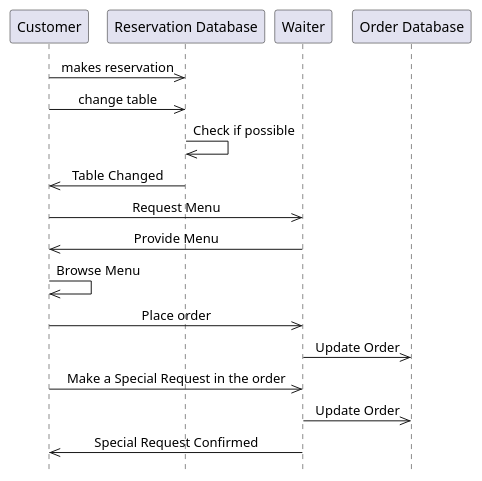
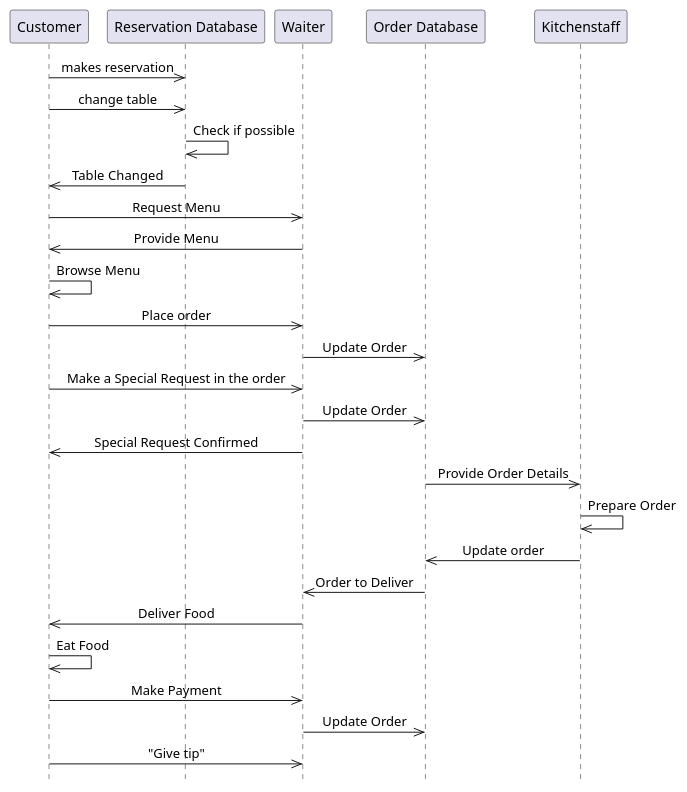
Before and after one commit to dashingzombie/UML: the diagram in Sequenc2.plantuml, drawn with PlantUML. The commit also changed 4 other files, not shown here.

Commit message:
sequence

```diff
--- a/Sequenc2.plantuml
+++ b/Sequenc2.plantuml
@@ -1,33 +1,52 @@
 @startuml
 
 skinparam Style strictuml
 skinparam SequenceMessageAlignment center
 
 "Customer" ->> "Reservation Database" : makes reservation
 
 Customer ->> "Reservation Database" : change table
 
 "Reservation Database" ->> "Reservation Database" : Check if possible
 
 "Reservation Database" ->> Customer : Table Changed
 
 Customer ->> "Waiter" : Request Menu
 
 "Waiter" ->> Customer : Provide Menu
 
 Customer ->> Customer : Browse Menu
 
 Customer ->> "Waiter" : Place order
 
 "Waiter" ->> "Order Database" : Update Order
 
 Customer ->> "Waiter" : Make a Special Request in the order
 
 "Waiter" ->> "Order Database" : Update Order
 
 
 "Waiter" ->> Customer : Special Request Confirmed
 
 
+"Order Database" ->> Kitchenstaff : Provide Order Details
+
+Kitchenstaff ->> Kitchenstaff :Prepare Order
+
+Kitchenstaff ->> "Order Database" : Update order
+
+"Order Database" ->> Waiter : Order to Deliver
+
+Waiter ->> Customer : Deliver Food
+
+Customer ->> Customer : Eat Food
+
+Customer ->> "Waiter" : Make Payment
+
+Waiter ->> "Order Database" : Update Order
+
+Customer ->> Waiter :"Give tip"
+
+
 
 @enduml
```
